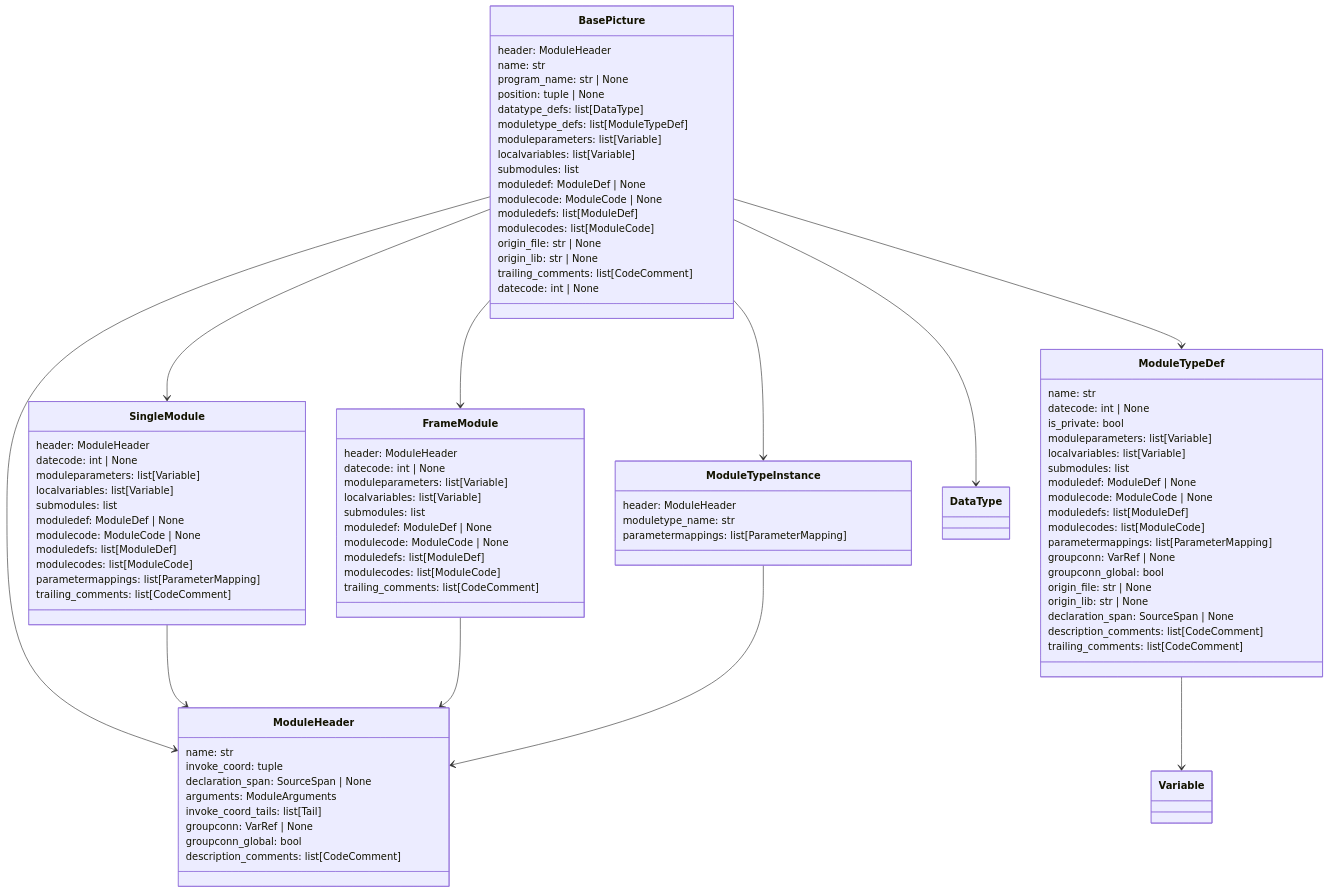
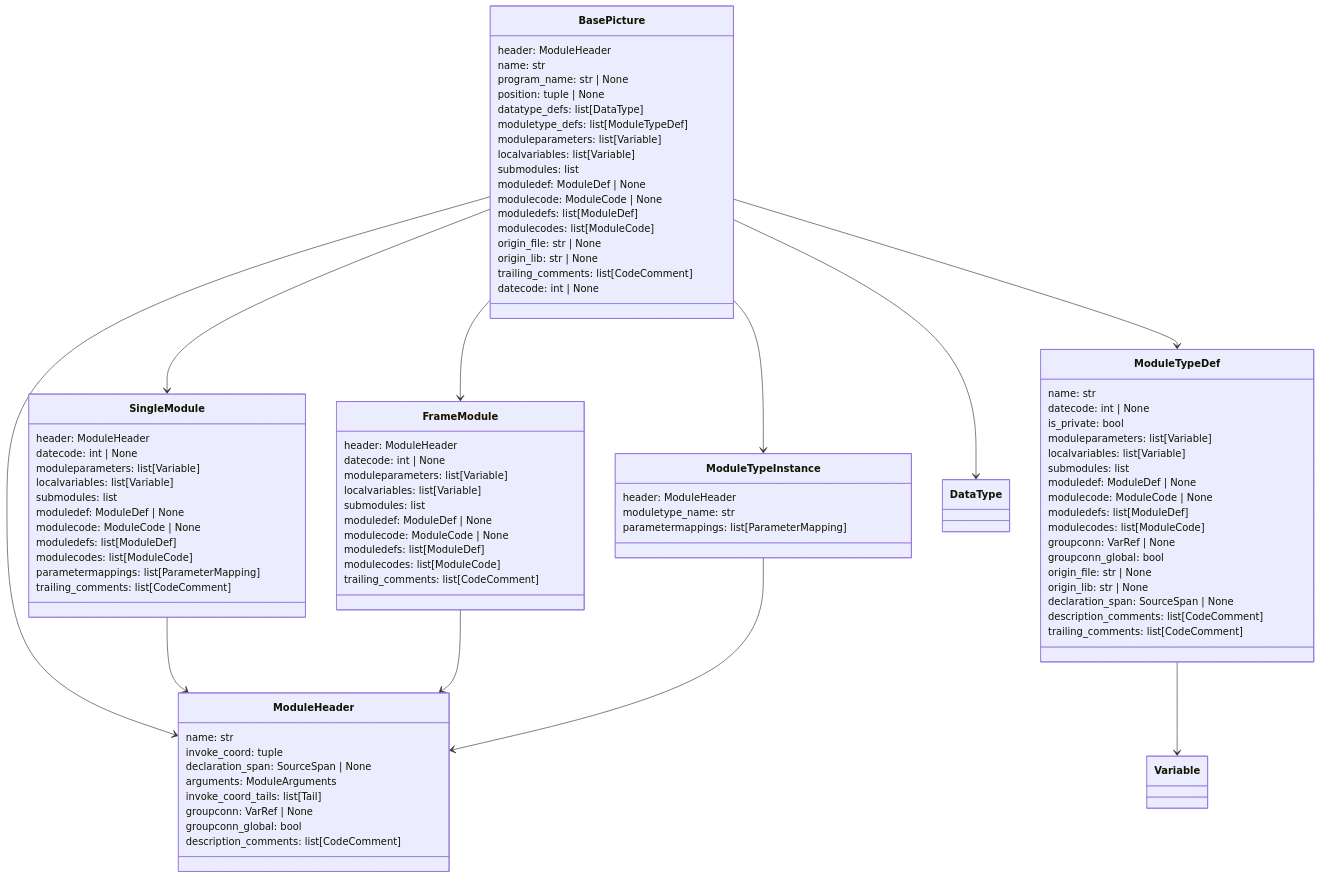
One commit to SorenHJohansen/sattline-parser changed the first of 6 diagrams in docs/ast.md. Above: the diagram before and after it, drawn with Mermaid. The commit also changed 5 other files, not shown here.

```diff
--- a/docs/ast.md
+++ b/docs/ast.md
@@ -84,7 +84,6 @@
         modulecode: ModuleCode | None
         moduledefs: list[ModuleDef]
         modulecodes: list[ModuleCode]
-        parametermappings: list[ParameterMapping]
         groupconn: VarRef | None
         groupconn_global: bool
         origin_file: str | None
```
